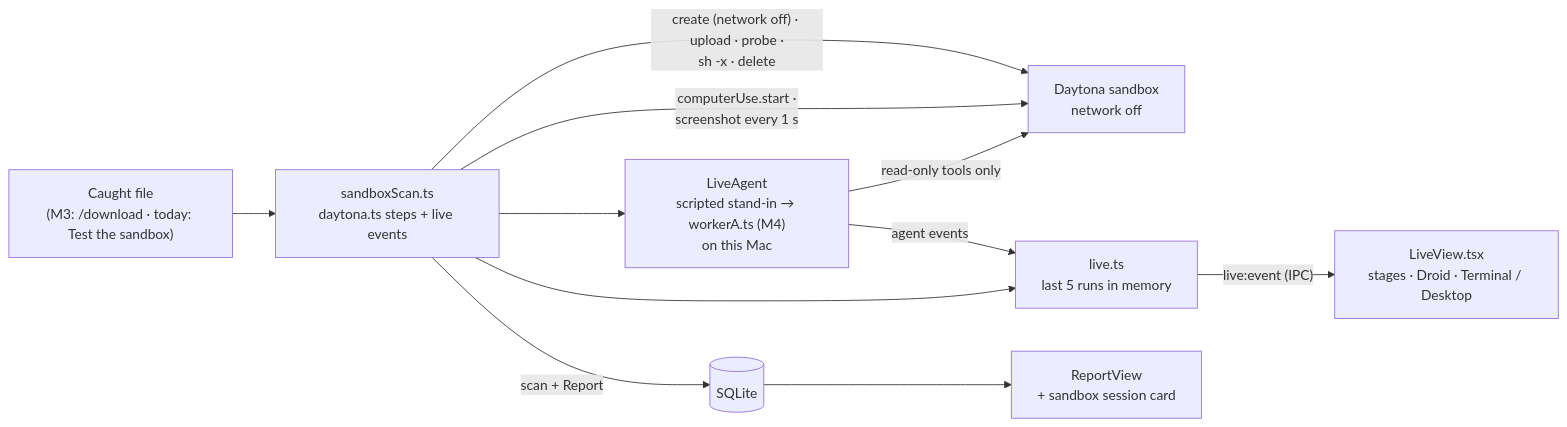
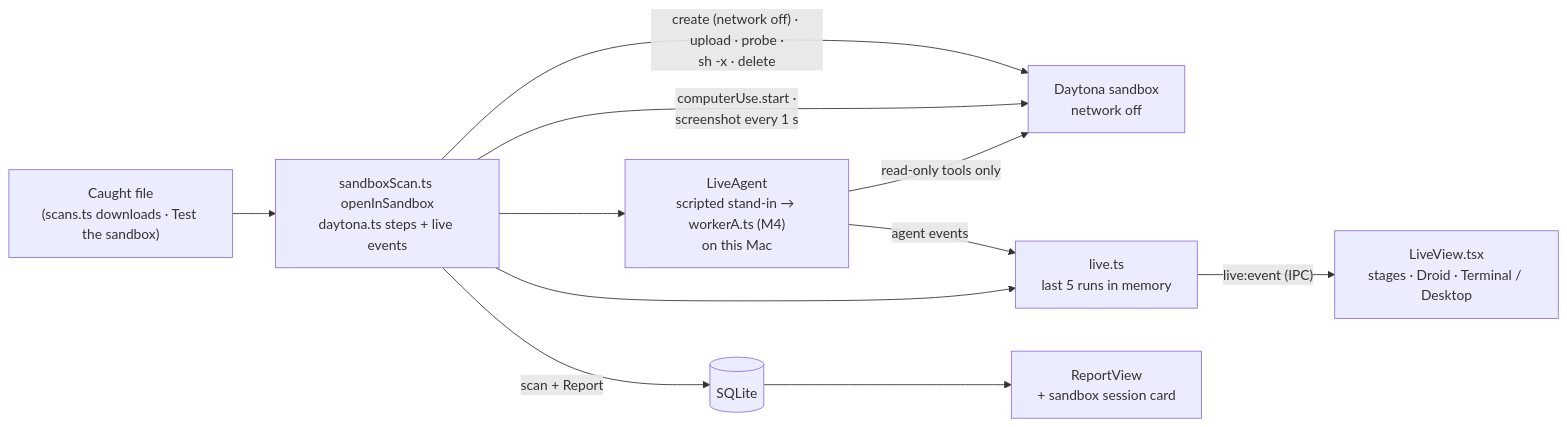
One commit to evandong1976/Aegis changed the fourth of 11 diagrams in docs/architectural.md. Above: the diagram before and after it, drawn with Mermaid. The commit also changed other lines of this file and 144 other files, not shown here.

First line of the commit message:
download-live-view: every real download gets the live view, like zoom-update.sh

````diff
--- a/docs/architectural.md
+++ b/docs/architectural.md
@@ -342,13 +342,13 @@
 ```mermaid
 flowchart LR
-  IN["Caught file<br/>(M3: /download · today: Test the sandbox)"] --> SS["sandboxScan.ts<br/>daytona.ts steps + live events"]
+  IN["Caught file<br/>(scans.ts downloads · Test the sandbox)"] --> SS["sandboxScan.ts openInSandbox<br/>daytona.ts steps + live events"]
   SS -->|"create (network off) · upload · probe ·<br/>sh -x · delete"| SB["Daytona sandbox<br/>network off"]
   SS -->|"computerUse.start ·<br/>screenshot every 1 s"| SB
   AG["LiveAgent<br/>scripted stand-in → workerA.ts (M4)<br/>on this Mac"] -->|"read-only tools only"| SB
   SS --> AG
   SS --> BUS["live.ts<br/>last 5 runs in memory"]
   AG -->|"agent events"| BUS
   BUS -->|"live:event (IPC)"| UI["LiveView.tsx<br/>stages · Droid · Terminal / Desktop"]
   SS -->|"scan + Report"| DB[("SQLite")]
   DB --> REP["ReportView<br/>+ sandbox session card"]
 ```
````
